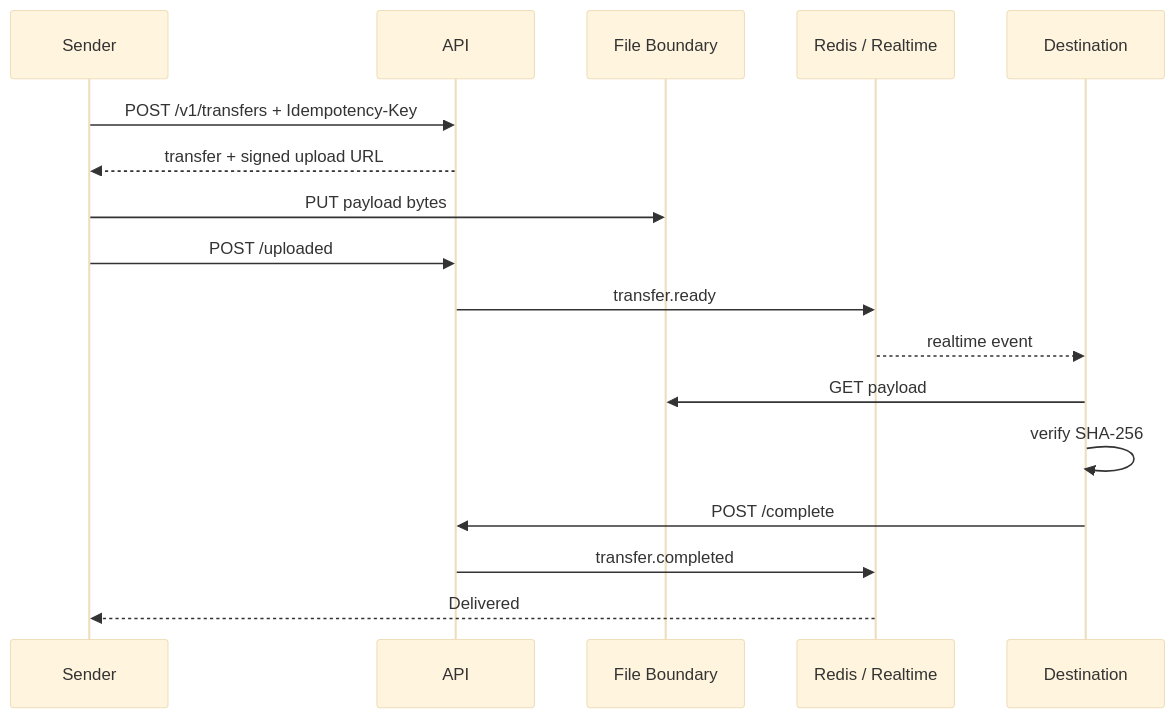
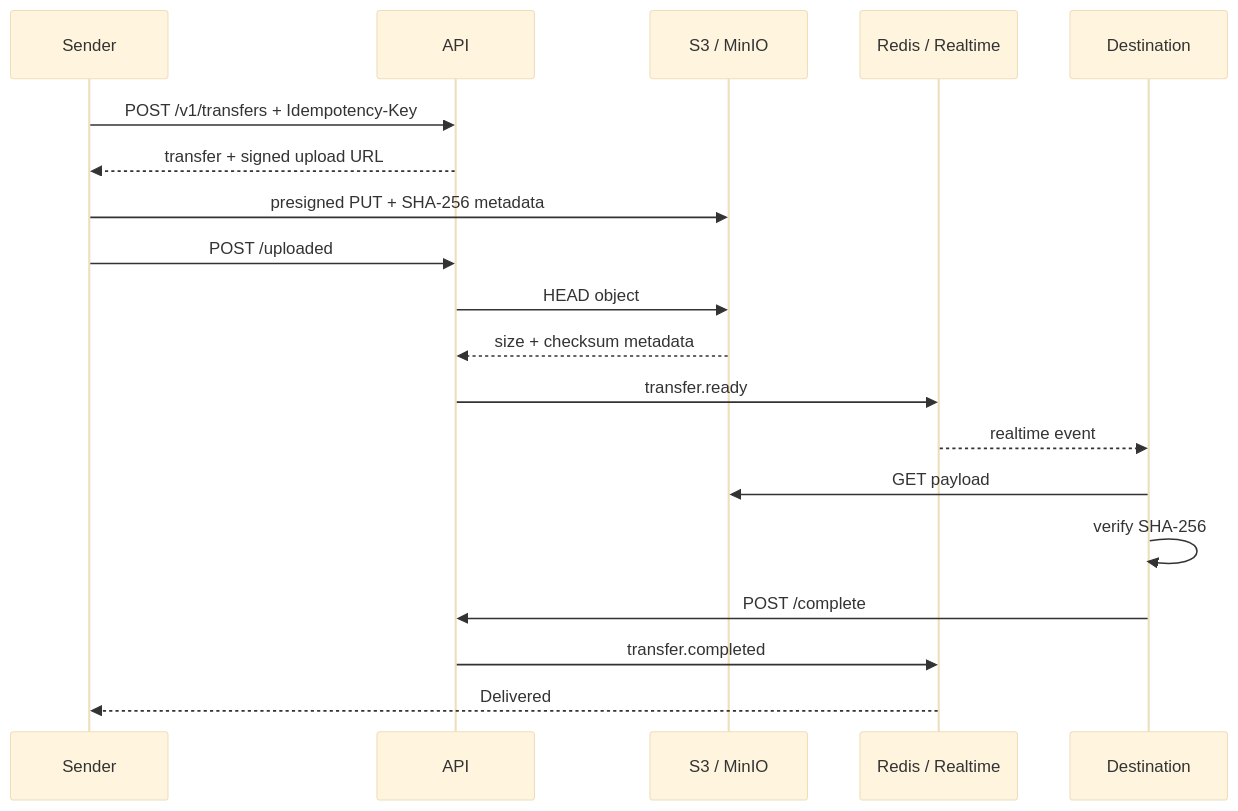
The second of 2 diagrams in docs/ARCHITECTURE.md (armaabetancourtt/pixelgo), drawn with Mermaid (base theme) before and after one commit. The commit also changed other lines of this file, not shown here.

Commit message:
docs(architecture): describe direct object storage path

```diff
--- a/docs/ARCHITECTURE.md
+++ b/docs/ARCHITECTURE.md
@@ -130,20 +136,22 @@
 ~~~mermaid
 sequenceDiagram
     participant S as Sender
     participant API as API
-    participant F as File Boundary
+    participant F as S3 / MinIO
     participant R as Redis / Realtime
     participant D as Destination
 
     S->>API: POST /v1/transfers + Idempotency-Key
     API-->>S: transfer + signed upload URL
-    S->>F: PUT payload bytes
+    S->>F: presigned PUT + SHA-256 metadata
     S->>API: POST /uploaded
+    API->>F: HEAD object
+    F-->>API: size + checksum metadata
     API->>R: transfer.ready
     R-->>D: realtime event
     D->>F: GET payload
     D->>D: verify SHA-256
     D->>API: POST /complete
     API->>R: transfer.completed
     R-->>S: Delivered
 ~~~
```
